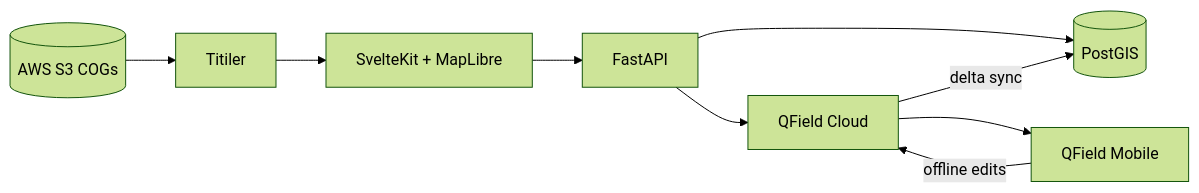
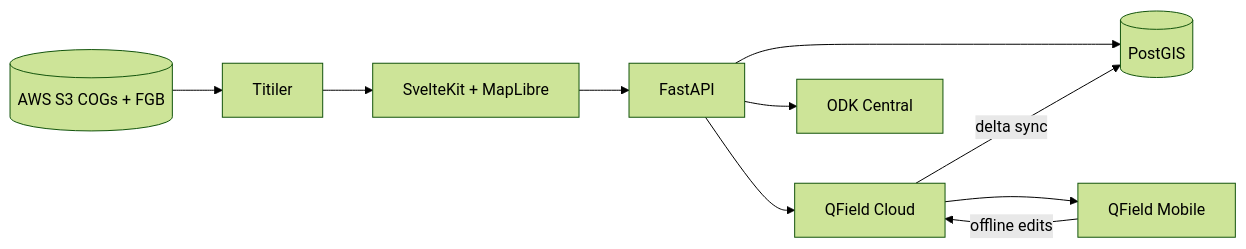
Before and after one commit to WELLlabs/welllabs-dda-app: the diagram in README.md, drawn with Mermaid (forest theme). The commit also changed other lines of this file and 8 other files, not shown here.

````diff
--- a/README.md
+++ b/README.md
@@ -17,11 +17,12 @@
 ```mermaid
 flowchart LR
-    S3[(AWS S3 COGs)] --> Titiler[Titiler]
+    S3[(AWS S3 COGs + FGB)] --> Titiler[Titiler]
     Titiler --> Web[SvelteKit + MapLibre]
     Web --> API[FastAPI]
     API --> PG[(PostGIS)]
     API --> QFC[QField Cloud]
+    API --> ODK[ODK Central]
     QFC --> QF[QField Mobile]
     QF -->|offline edits| QFC
     QFC -->|delta sync| PG
 ```
````
